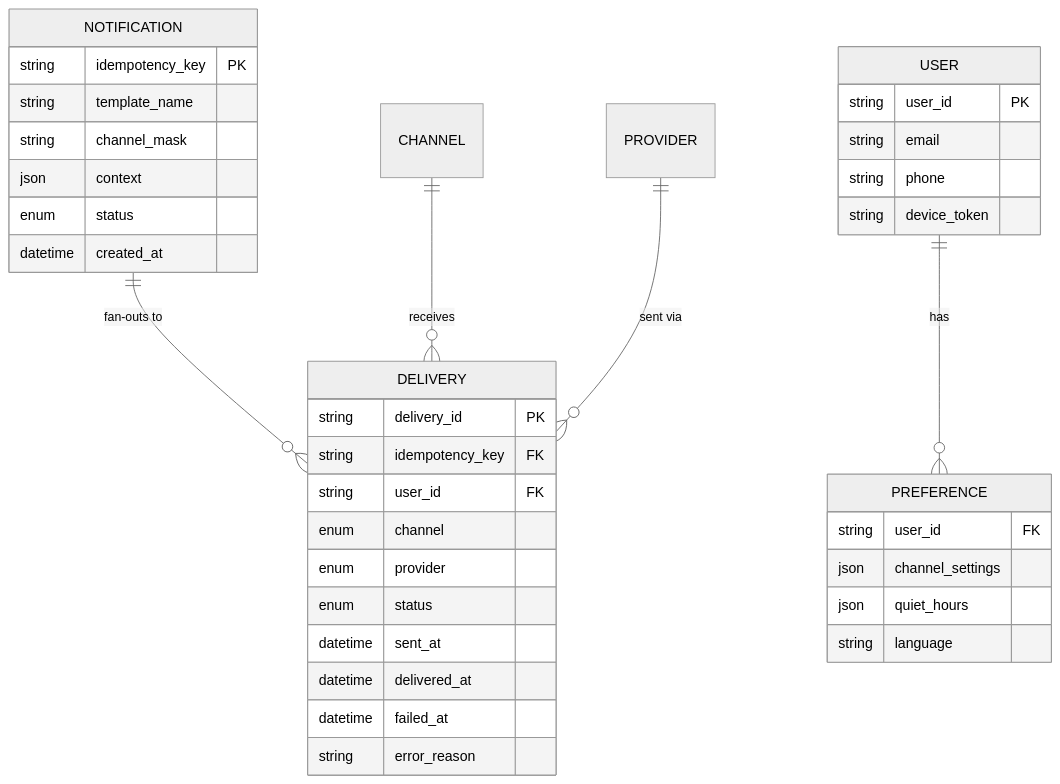
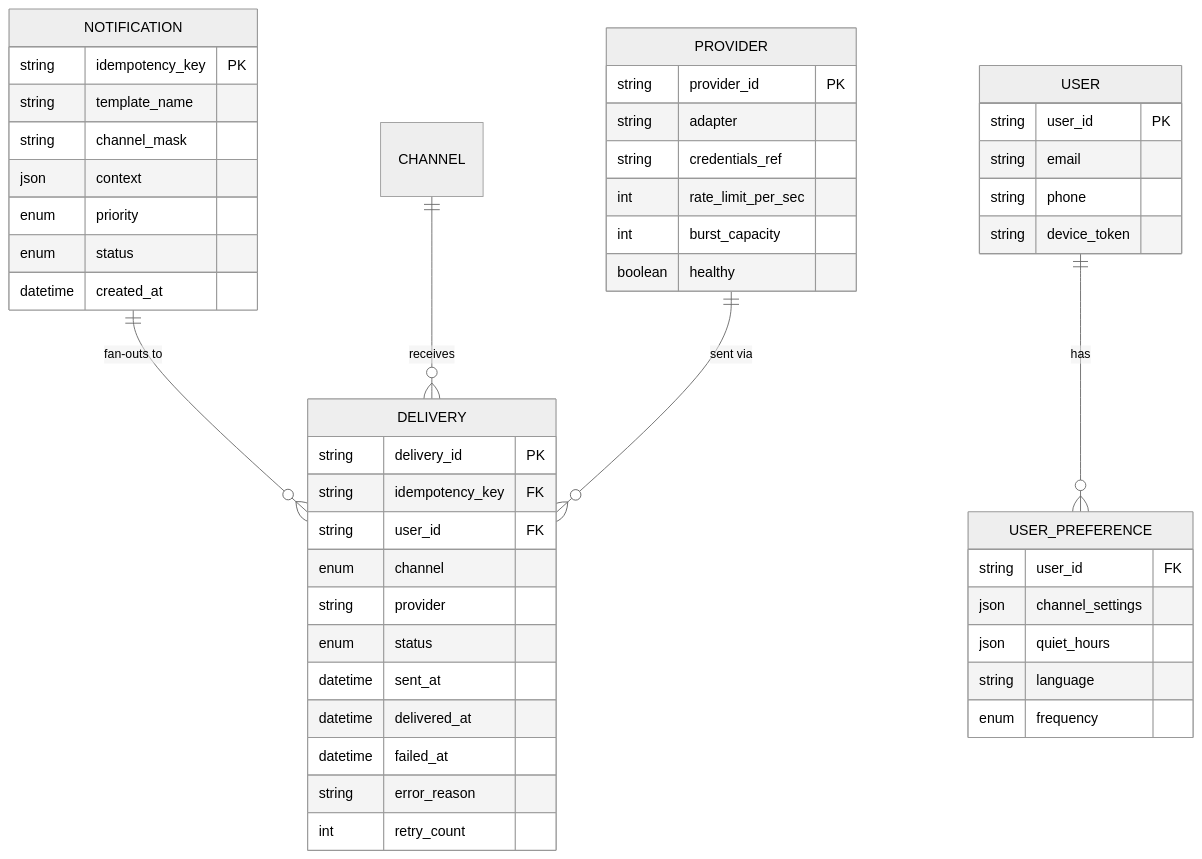
One commit to abhishekghoshh/system-design-helper changed the third of 11 diagrams in docs/system-design/high-level/designing/advanced/notification-fanout-service.md. Above: the diagram before and after it, drawn with Mermaid (neutral theme). The commit also changed other lines of this file and 107 other files, not shown here.

````diff
--- a/docs/system-design/high-level/designing/advanced/notification-fanout-service.md
+++ b/docs/system-design/high-level/designing/advanced/notification-fanout-service.md
@@ -554,40 +365,50 @@
 ```mermaid
 erDiagram
-  NOTIFICATION ||--o{ DELIVERY : "fan-outs to"
-  USER ||--o{ PREFERENCE : "has"
-  CHANNEL ||--o{ DELIVERY : "receives"
-  PROVIDER ||--o{ DELIVERY : "sent via"
-
-  NOTIFICATION {
-    string idempotency_key PK
-    string template_name
-    string channel_mask
-    json context
-    enum status
-    datetime created_at
-  }
-  DELIVERY {
-    string delivery_id PK
-    string idempotency_key FK
-    string user_id FK
-    enum channel
-    enum provider
-    enum status
-    datetime sent_at
-    datetime delivered_at
-    datetime failed_at
-    string error_reason
-  }
-  USER {
-    string user_id PK
-    string email
-    string phone
-    string device_token
-  }
-  PREFERENCE {
-    string user_id FK
-    json channel_settings
-    json quiet_hours
-    string language
-  }
+    NOTIFICATION ||--o{ DELIVERY : "fan-outs to"
+    USER ||--o{ USER_PREFERENCE : "has"
+    CHANNEL ||--o{ DELIVERY : "receives"
+    PROVIDER ||--o{ DELIVERY : "sent via"
+    NOTIFICATION {
+        string idempotency_key PK
+        string template_name
+        string channel_mask
+        json context
+        enum priority
+        enum status
+        datetime created_at
+    }
+    DELIVERY {
+        string delivery_id PK
+        string idempotency_key FK
+        string user_id FK
+        enum channel
+        string provider
+        enum status
+        datetime sent_at
+        datetime delivered_at
+        datetime failed_at
+        string error_reason
+        int retry_count
+    }
+    USER {
+        string user_id PK
+        string email
+        string phone
+        string device_token
+    }
+    USER_PREFERENCE {
+        string user_id FK
+        json channel_settings
+        json quiet_hours
+        string language
+        enum frequency
+    }
+    PROVIDER {
+        string provider_id PK
+        string adapter
+        string credentials_ref
+        int rate_limit_per_sec
+        int burst_capacity
+        boolean healthy
+    }
 ```
````
